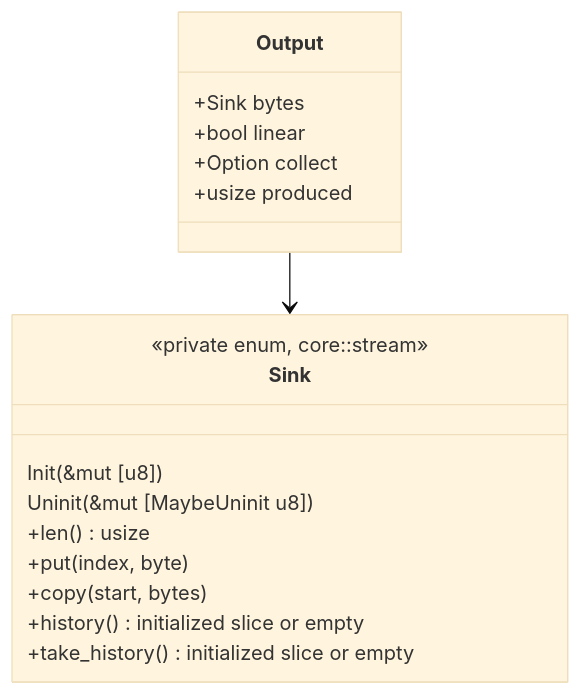
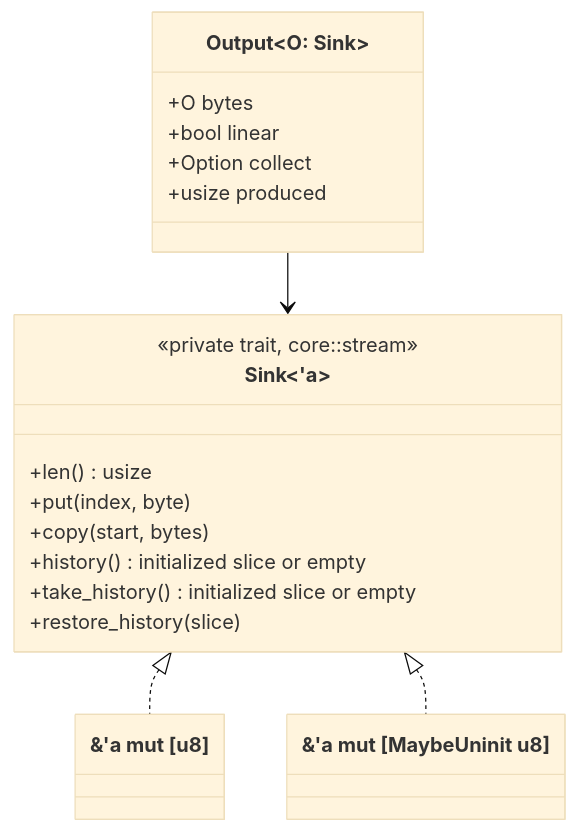
Before and after one commit to M-Compressors/mbrotli: the third of 4 diagrams in architecture/uninit-output.md, drawn with Mermaid (base theme). The commit also changed other lines of this file and 175 other files, not shown here.

Commit message:
migrate sink to trait

````diff
--- a/architecture/uninit-output.md
+++ b/architecture/uninit-output.md
@@ -99,20 +99,23 @@
 ```mermaid
 classDiagram
-    class Sink {
-        <<private enum, core::stream>>
-        Init(&mut [u8])
-        Uninit(&mut [MaybeUninit u8])
+    class Sink~'a~ {
+        <<private trait, core::stream>>
         +len() usize
         +put(index, byte)
         +copy(start, bytes)
         +history() initialized slice or empty
         +take_history() initialized slice or empty
+        +restore_history(slice)
     }
-    class Output {
-        +Sink bytes
+    class InitSlice["&'a mut [u8]"]
+    class UninitSlice["&'a mut [MaybeUninit u8]"]
+    class Output~O: Sink~ {
+        +O bytes
         +bool linear
         +Option collect
         +usize produced
     }
+    Sink <|.. InitSlice
+    Sink <|.. UninitSlice
     Output --> Sink
 ```
````
